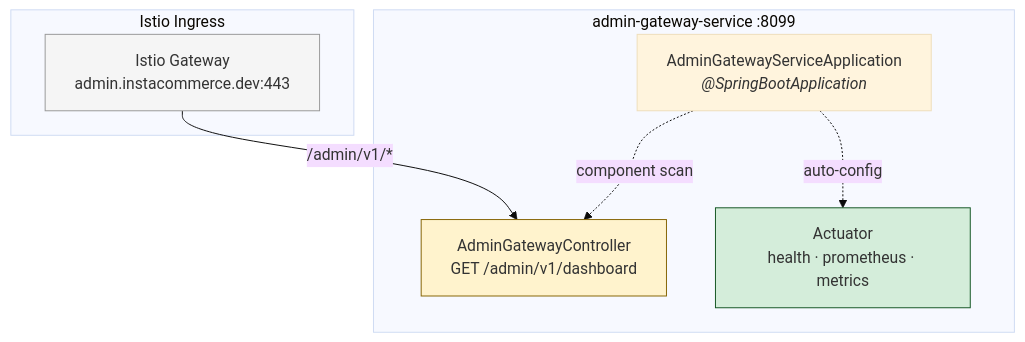
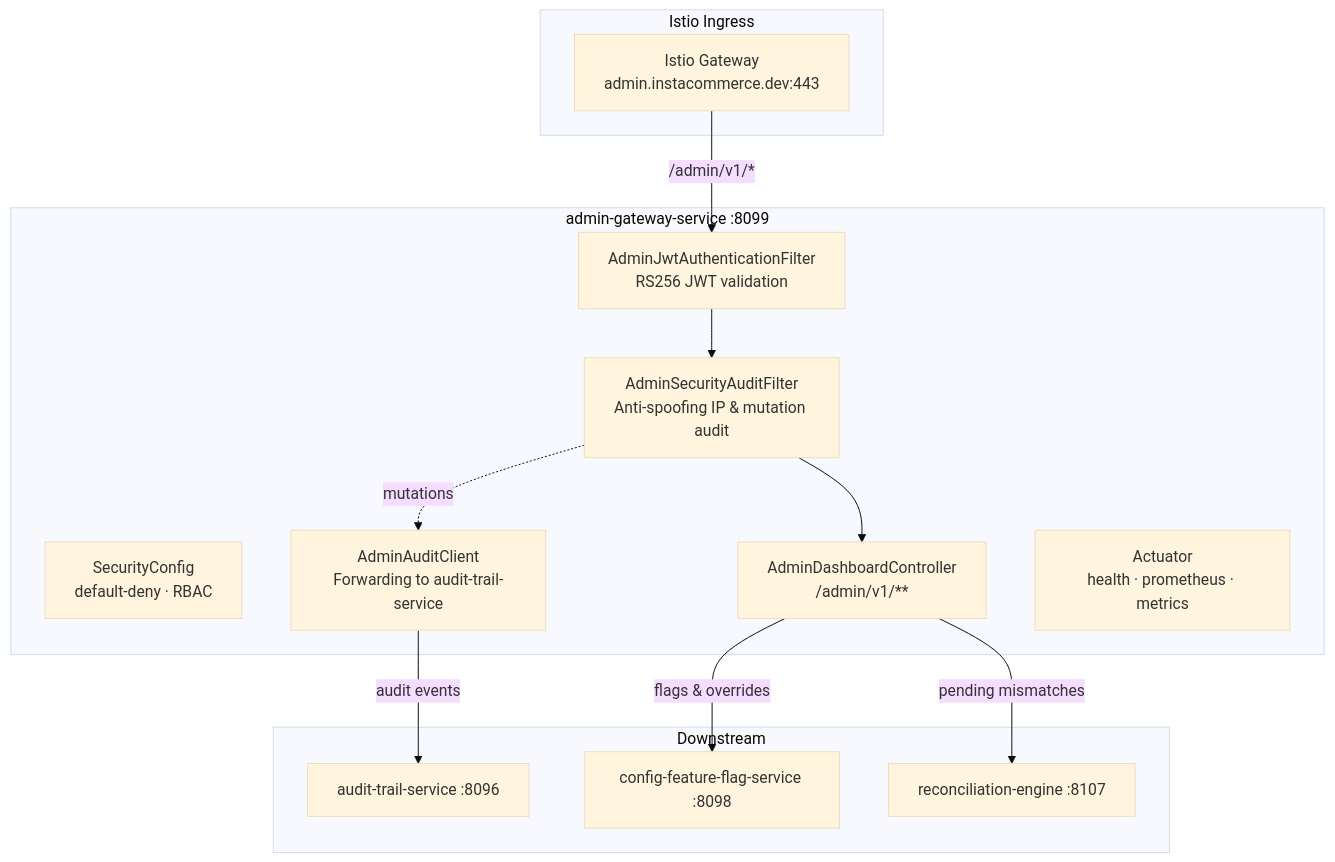
One commit to sunitakeazycommerz-a11y/InstaCommerce changed the first of 4 diagrams in services/admin-gateway-service/README.md. Above: the diagram before and after it, drawn with Mermaid (base theme). The commit also changed other lines of this file and 33 other files, not shown here.

````diff
--- a/services/admin-gateway-service/README.md
+++ b/services/admin-gateway-service/README.md
@@ -80,20 +80,29 @@
 ```mermaid
 graph TB
     subgraph Istio Ingress
         GW["Istio Gateway<br/>admin.instacommerce.dev:443"]
     end
 
     subgraph admin-gateway-service :8099
-        APP["AdminGatewayServiceApplication<br/><i>@SpringBootApplication</i>"]
-        CTRL["AdminGatewayController<br/>GET /admin/v1/dashboard"]
+        SEC["SecurityConfig<br/>default-deny · RBAC"]
+        JWT["AdminJwtAuthenticationFilter<br/>RS256 JWT validation"]
+        AUD["AdminSecurityAuditFilter<br/>Anti-spoofing IP & mutation audit"]
+        CLIENT["AdminAuditClient<br/>Forwarding to audit-trail-service"]
+        CTRL["AdminDashboardController<br/>/admin/v1/**"]
         ACT["Actuator<br/>health · prometheus · metrics"]
     end
 
-    GW -->|"/admin/v1/*"| CTRL
-    APP -.->|component scan| CTRL
-    APP -.->|auto-config| ACT
+    subgraph Downstream
+        AUDIT["audit-trail-service :8096"]
+        FF["config-feature-flag-service :8098"]
+        RECON["reconciliation-engine :8107"]
+    end
 
-    style GW fill:#f5f5f5,stroke:#999
-    style CTRL fill:#fff3cd,stroke:#856404
-    style ACT fill:#d4edda,stroke:#155724
+    GW -->|"/admin/v1/*"| JWT
+    JWT --> AUD
+    AUD --> CTRL
+    AUD -.->|mutations| CLIENT
+    CLIENT -->|audit events| AUDIT
+    CTRL -->|flags & overrides| FF
+    CTRL -->|pending mismatches| RECON
 ```
````
